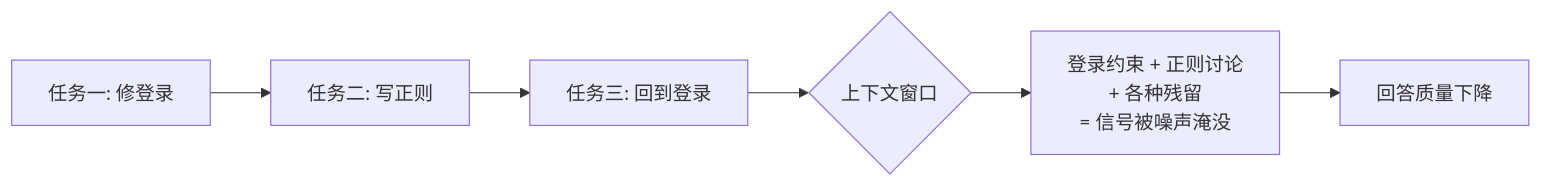
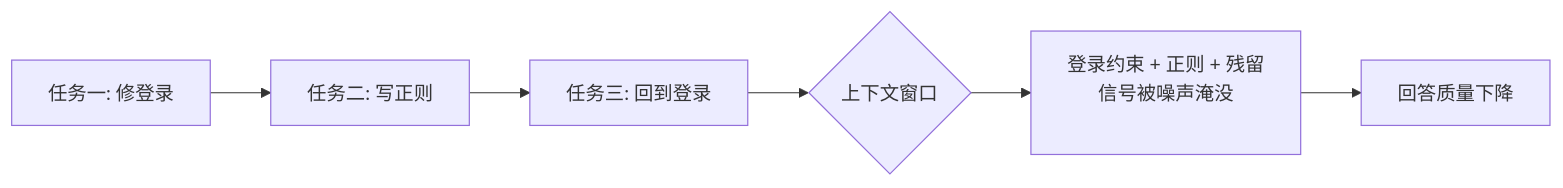
The diagram in docs/05-implementation/kitchen-sink-session.mdx (XuebinMa/AIWiki), drawn with Mermaid before and after one commit. The commit also changed 2 other files, not shown here.

Commit message:
修复 Mermaid 节点末行被裁：多行标签补空行
kitchen-sink-session 的节点 E 多行 CJK 标签末行被方框裁掉。根因是 Mermaid 对
CJK 多行标签高度估算偏小。修法采用「末尾补一个 <br/>&nbsp; 空行」占住高度缺口，
既保留两行信息（登录约束+正则+残留 / 信号被噪声淹没），又不裁切。

本地用 Vale 3.15.1 同版本、Playwright 截图验证：中英两版节点 E 两行均完整显示。
并在 STYLE-GUIDE「配图」补一条规范，记录这个 Mermaid + CJK 的坑与解法。

Claude-Session: https://claude.ai/code/session_013uaRzsKearBzGMUwjz6HWa

````diff
--- a/docs/05-implementation/kitchen-sink-session.mdx
+++ b/docs/05-implementation/kitchen-sink-session.mdx
@@ -33,8 +33,8 @@
 ```mermaid
 flowchart LR
     A[任务一: 修登录] --> B[任务二: 写正则]
     B --> C[任务三: 回到登录]
     C --> D{上下文窗口}
-    D --> E["登录约束 + 正则讨论<br/>+ 各种残留<br/>= 信号被噪声淹没"]
+    D --> E["登录约束 + 正则 + 残留<br/>信号被噪声淹没<br/>&nbsp;"]
     E --> F[回答质量下降]
 ```
````
